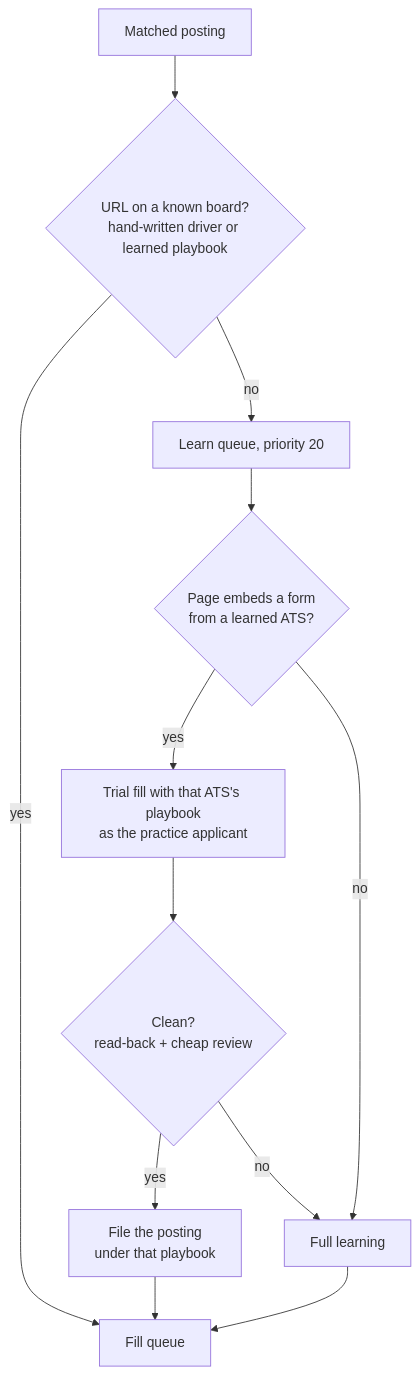
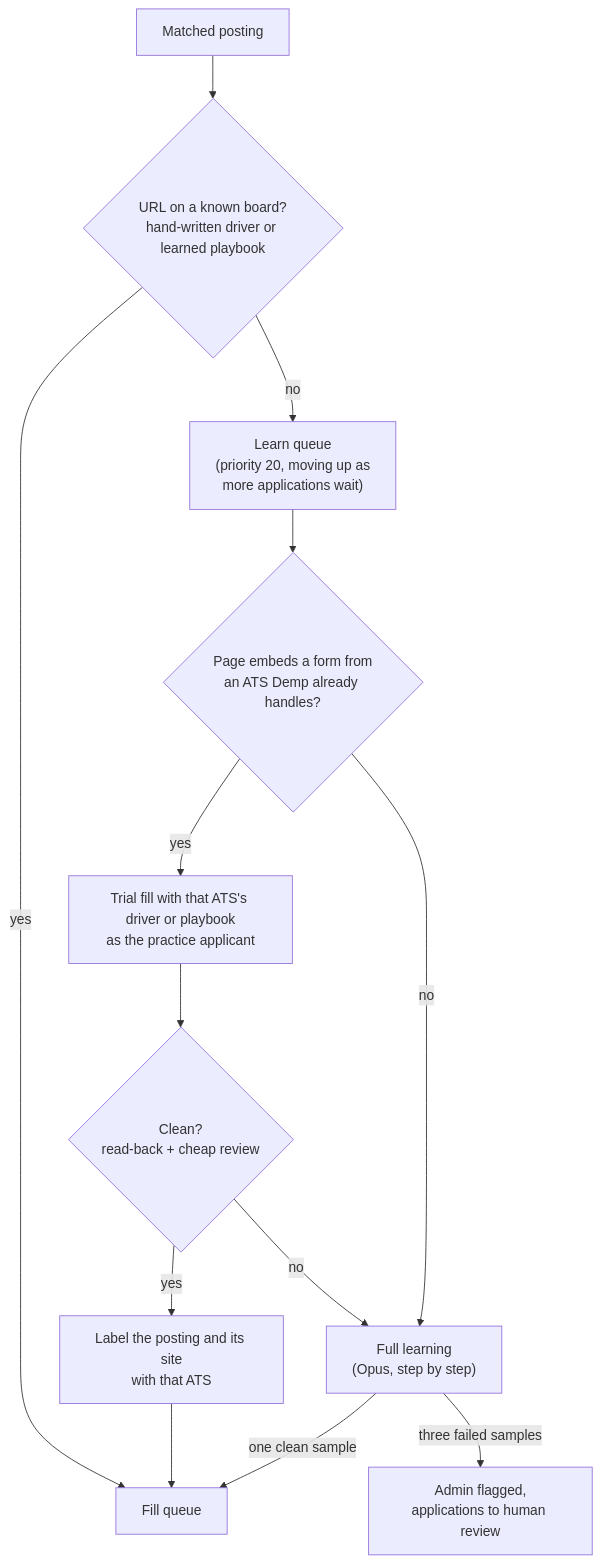
One commit to arnavramidi/demp-architecture changed the first of 2 diagrams in docs/4-learning-boards.md. Above: the diagram before and after it, drawn with Mermaid. The commit also changed other lines of this file and 5 other files, not shown here.

First line of the commit message:
docs: fix learning flow after review

````diff
--- a/docs/4-learning-boards.md
+++ b/docs/4-learning-boards.md
@@ -26,14 +26,15 @@
 ```mermaid
 flowchart TB
     M["Matched posting"] --> K{"URL on a known board?<br/>hand-written driver or learned playbook"}
     K -- "yes" --> F["Fill queue"]
-    K -- "no" --> LQ["Learn queue, priority 20"]
-    LQ --> E{"Page embeds a form<br/>from a learned ATS?"}
-    E -- "yes" --> T["Trial fill with that ATS's playbook<br/>as the practice applicant"]
+    K -- "no" --> LQ["Learn queue<br/>(priority 20, moving up as<br/>more applications wait)"]
+    LQ --> E{"Page embeds a form from<br/>an ATS Demp already handles?"}
+    E -- "yes" --> T["Trial fill with that ATS's driver or playbook<br/>as the practice applicant"]
     T --> C{"Clean?<br/>read-back + cheap review"}
-    C -- "yes" --> FILE["File the posting<br/>under that playbook"]
+    C -- "yes" --> FILE["Label the posting and its site<br/>with that ATS"]
     FILE --> F
-    C -- "no" --> FULL["Full learning"]
+    C -- "no" --> FULL["Full learning<br/>(Opus, step by step)"]
     E -- "no" --> FULL
-    FULL --> F
+    FULL -- "one clean sample" --> F
+    FULL -- "three failed samples" --> H["Admin flagged,<br/>applications to human review"]
 ```
````
